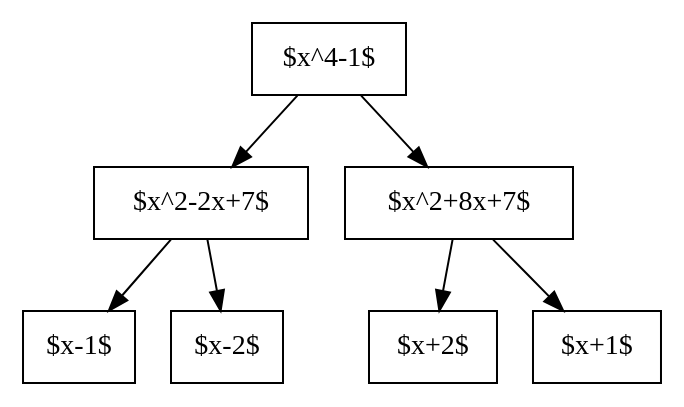
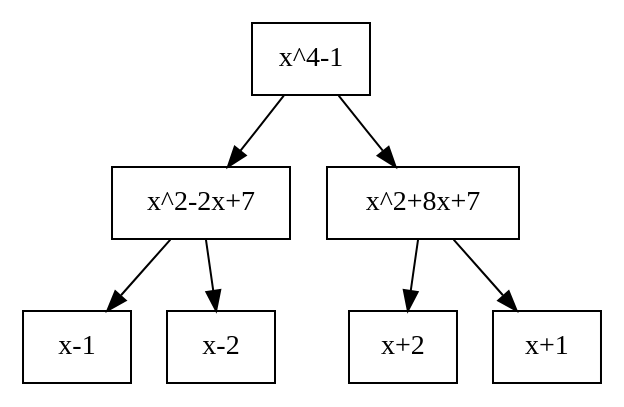
Before and after one commit to Tyzeppelin/hipsterPandoc: the diagram in imcce2016/res/tree52.dot, drawn with Graphviz. The commit also changed 10 other files, not shown here.

Commit message:
fig updated & plus joli

```diff
--- a/imcce2016/res/tree52.dot
+++ b/imcce2016/res/tree52.dot
@@ -1,17 +1,17 @@
 digraph structs {
 node [shape=box];
-	struct1 [shape=box, label="$x^4-1$" ];
-	struct2 [shape=box, label="$x^2-2x+7$"];
-	struct3 [shape=box, label="$x^2+8x+7$"];
+	struct1 [shape=box, label="x^4-1" ];
+	struct2 [shape=box, label="x^2-2x+7"];
+	struct3 [shape=box, label="x^2+8x+7"];
 	struct1 -> struct2;
 	struct1 -> struct3;
-	struct4 [shape=box, label="$x-1$"];
-	struct5 [shape=box, label="$x-2$"];
+	struct4 [shape=box, label="x-1"];
+	struct5 [shape=box, label="x-2"];
 	struct2 -> struct4;
 	struct2 -> struct5;
-	struct6 [shape=box, label="$x+2$"];
-	struct7 [shape=box, label="$x+1$"];
+	struct6 [shape=box, label="x+2"];
+	struct7 [shape=box, label="x+1"];
 	struct3 -> struct6;
 	struct3 -> struct7;
 	
 }
```
